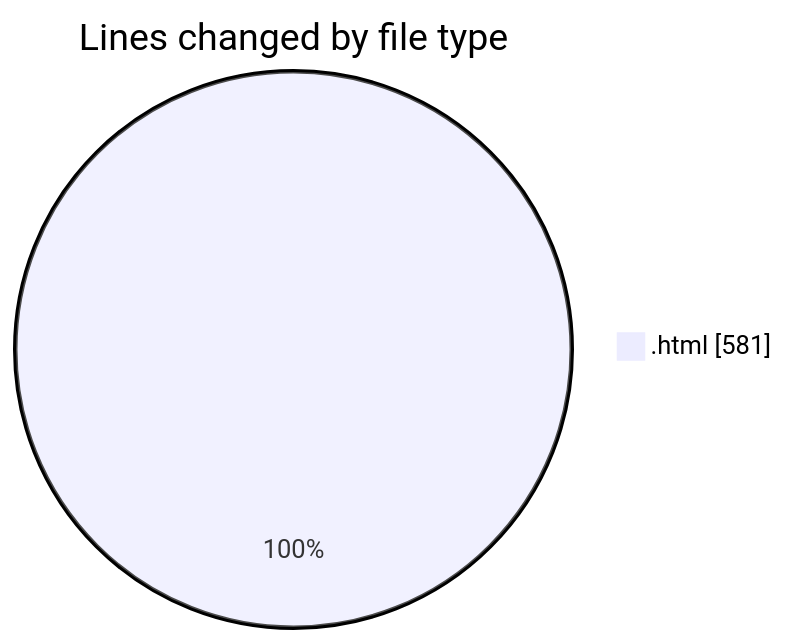
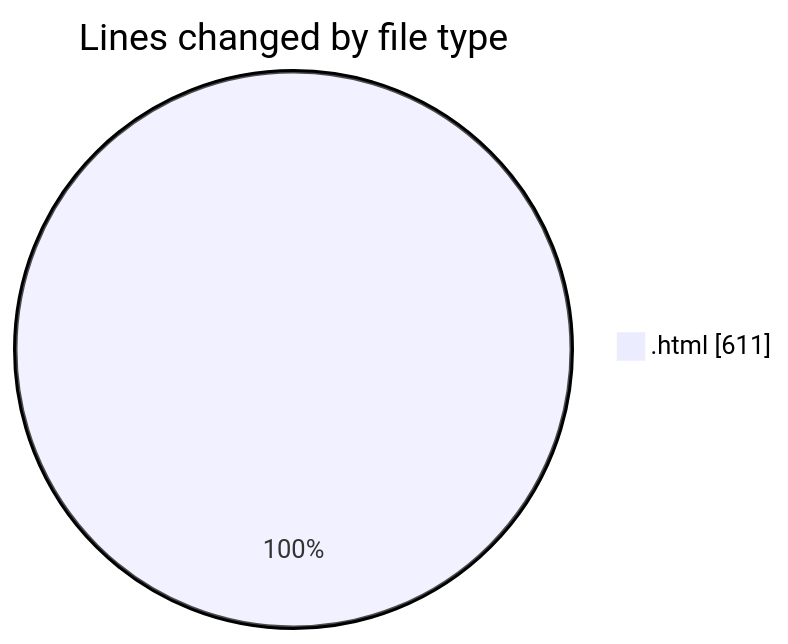
The first of 2 diagrams in 2025-01-08/nueva_carpeta/README.md (LanceThiago/code-tracking), drawn with Mermaid before and after one commit. The commit also changed other lines of this file and 1 other file, not shown here.

````diff
--- a/2025-01-08/nueva_carpeta/README.md
+++ b/2025-01-08/nueva_carpeta/README.md
@@ -20,5 +20,5 @@
 ```mermaid
 pie showData
 title Lines changed by file type
-".html" : 581
+".html" : 611
 ```
````
